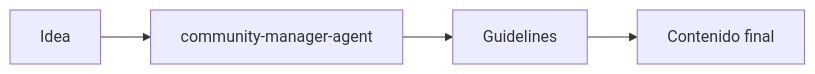
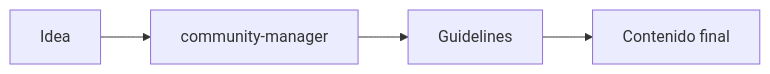
Before and after one commit to Sertxito/mcp-efficiency-engine: the diagram in examples/use-cases/community-content.md, drawn with Mermaid. The commit also changed other lines of this file and 51 other files, not shown here.

````diff
--- a/examples/use-cases/community-content.md
+++ b/examples/use-cases/community-content.md
@@ -26,6 +26,6 @@
 ```mermaid
 flowchart LR
-  IDEA[Idea] --> CM[community-manager-agent]
+  IDEA[Idea] --> CM[community-manager]
   CM --> GUIDE[Guidelines]
   GUIDE --> POST[Contenido final]
 ```
````
